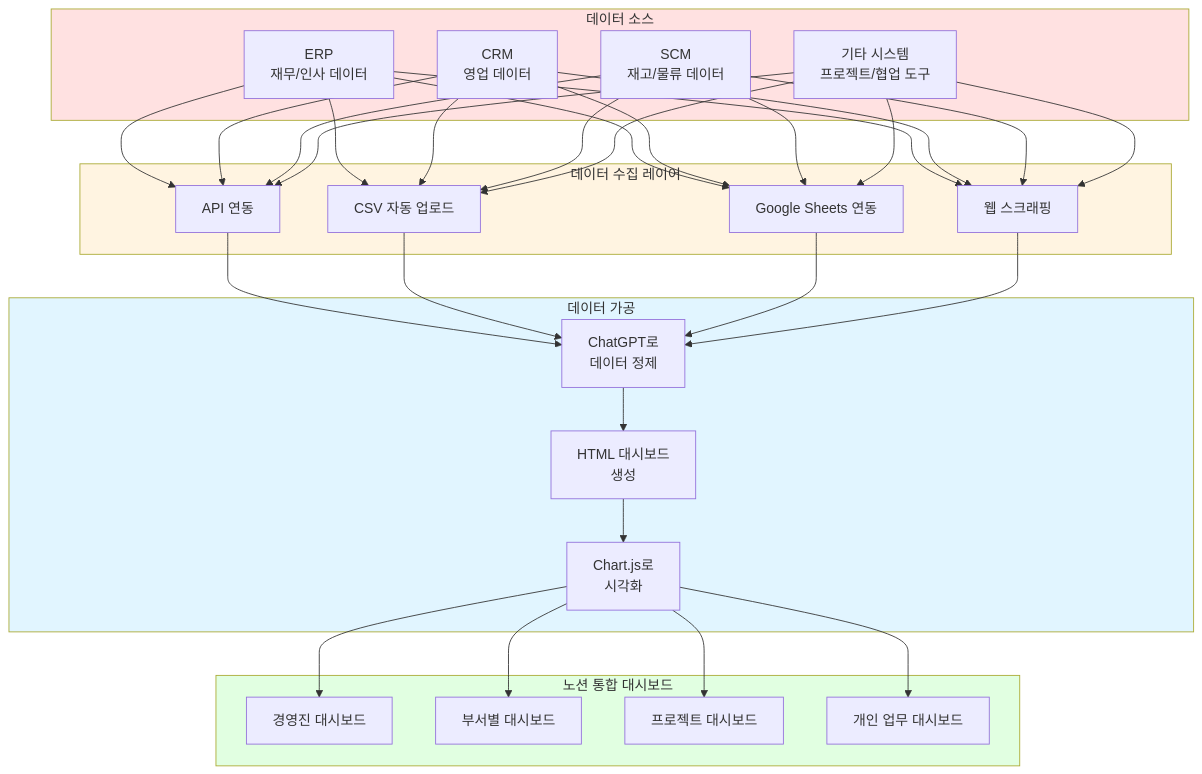
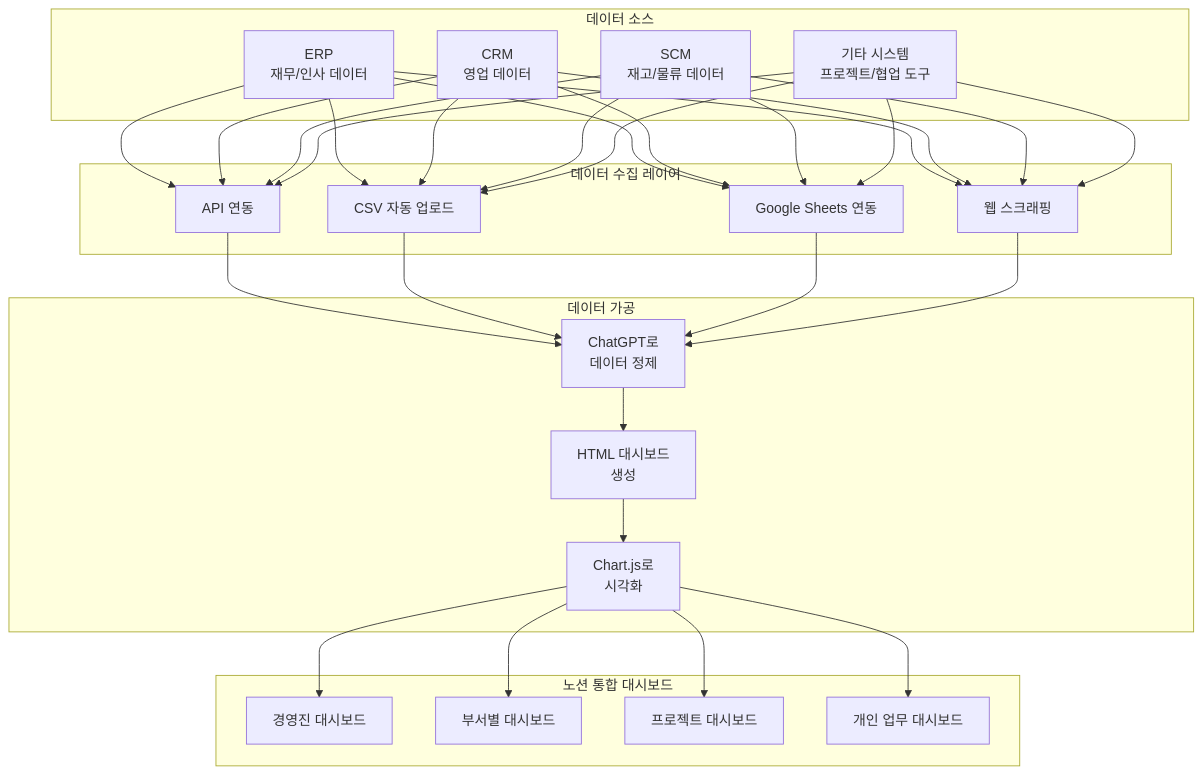
Before and after one commit to nugurejeil/weniVooks: the fifth of 5 diagrams in _md/genai-notion/chapter08/08-1.md, drawn with Mermaid. The commit also changed other lines of this file and 187 other files, not shown here.

````diff
--- a/_md/genai-notion/chapter08/08-1.md
+++ b/_md/genai-notion/chapter08/08-1.md
@@ -248,39 +241,34 @@
 ```mermaid
 flowchart TB
     subgraph 데이터_소스["데이터 소스"]
         A1[ERP<br/>재무/인사 데이터]
         A2[CRM<br/>영업 데이터]
         A3[SCM<br/>재고/물류 데이터]
         A4[기타 시스템<br/>프로젝트/협업 도구]
     end
 
     subgraph 데이터_수집["데이터 수집 레이어"]
         B1[API 연동]
         B2[CSV 자동 업로드]
         B3[Google Sheets 연동]
         B4[웹 스크래핑]
     end
 
     subgraph 데이터_가공["데이터 가공"]
         C1[ChatGPT로<br/>데이터 정제]
         C2[HTML 대시보드<br/>생성]
         C3[Chart.js로<br/>시각화]
     end
 
     subgraph 노션_통합["노션 통합 대시보드"]
         D1[경영진 대시보드]
         D2[부서별 대시보드]
         D3[프로젝트 대시보드]
         D4[개인 업무 대시보드]
     end
 
     A1 & A2 & A3 & A4 --> B1 & B2 & B3 & B4
     B1 & B2 & B3 & B4 --> C1
     C1 --> C2 --> C3
     C3 --> D1 & D2 & D3 & D4
-
-    style 데이터_소스 fill:#ffe1e1
-    style 데이터_수집 fill:#fff4e1
-    style 데이터_가공 fill:#e1f5ff
-    style 노션_통합 fill:#e1ffe1
 ```
````
